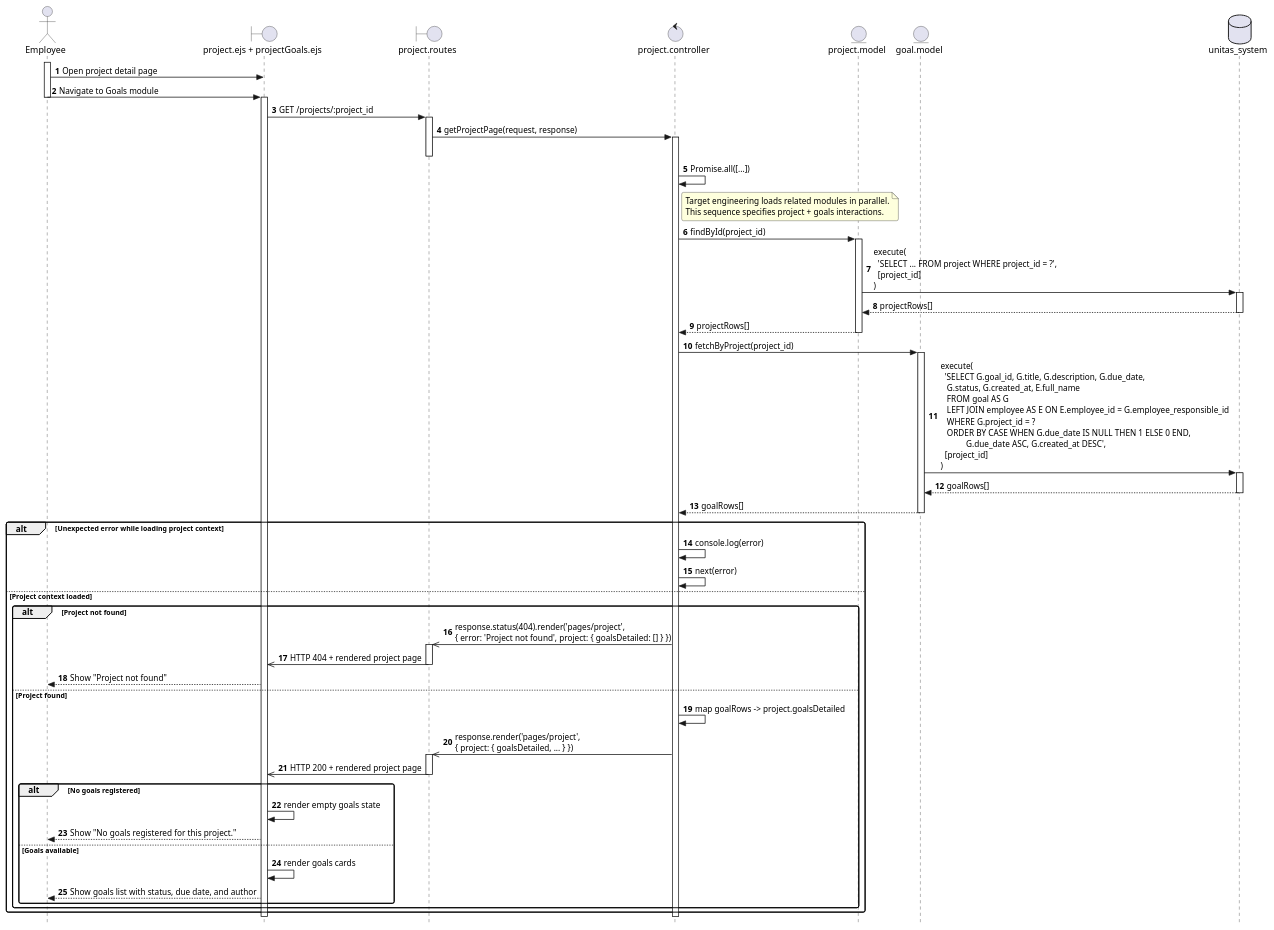
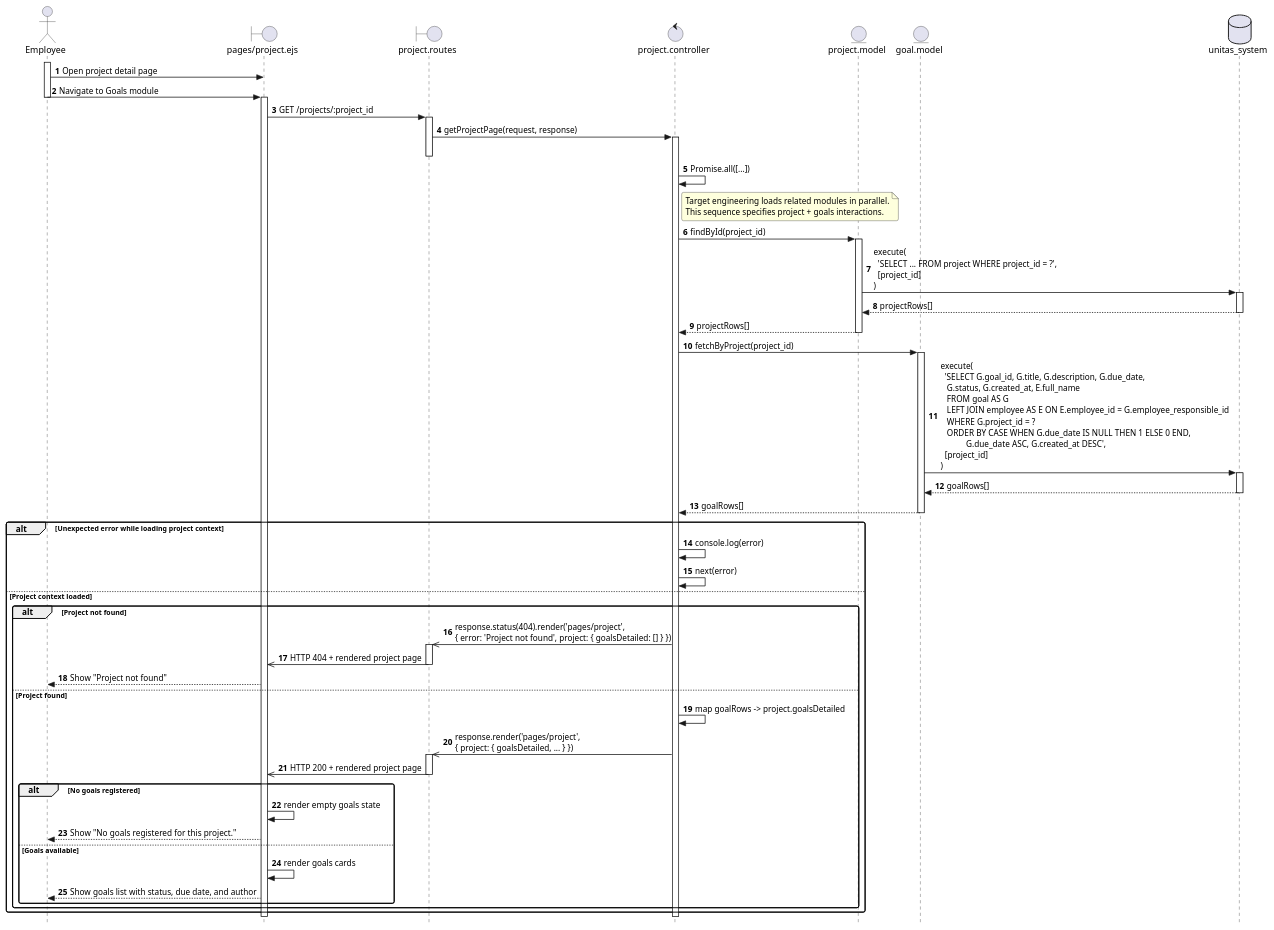
Before and after one commit to Berthou05/LimboSoftwareDevelopment_Change.org: the diagram in documentation/sequence_diagrams/PROJ-08-SD.puml, drawn with PlantUML. The commit also changed 5 other files, not shown here.

Commit message:
[FIX] corrected diagrams ADMIN-01 AUTH-03 PROJ-08 PROJ-14 PROJ-15 TEAM-2

```diff
--- a/documentation/sequence_diagrams/PROJ-08-SD.puml
+++ b/documentation/sequence_diagrams/PROJ-08-SD.puml
@@ -1,81 +1,81 @@
 @startuml
 skinparam style strictuml
 skinparam sequenceArrowThickness 1.2
 skinparam roundcorner 6
 autonumber
 
 actor    "Employee"                                      as User
-boundary "project.ejs + projectGoals.ejs"                as GoalsView
+boundary "pages/project.ejs"                             as GoalsView
 boundary "project.routes"                                as Routes
 control  "project.controller"                            as Controller
 entity   "project.model"                                 as ProjectModel
 entity   "goal.model"                                    as GoalModel
 database "unitas_system"                                 as DB
 
 activate User
 User -> GoalsView : Open project detail page
 User -> GoalsView : Navigate to Goals module
 deactivate User
 activate GoalsView
 
 GoalsView -> Routes : GET /projects/:project_id
 activate Routes
 Routes -> Controller : getProjectPage(request, response)
 activate Controller
 deactivate Routes
 
 Controller -> Controller : Promise.all([...])
 note right of Controller
   Target engineering loads related modules in parallel.
   This sequence specifies project + goals interactions.
 end note
 
 Controller -> ProjectModel : findById(project_id)
 activate ProjectModel
 ProjectModel -> DB : execute(\n  'SELECT ... FROM project WHERE project_id = ?',\n  [project_id]\n)
 activate DB
 DB --> ProjectModel : projectRows[]
 deactivate DB
 ProjectModel --> Controller : projectRows[]
 deactivate ProjectModel
 
 Controller -> GoalModel : fetchByProject(project_id)
 activate GoalModel
 GoalModel -> DB : execute(\n  'SELECT G.goal_id, G.title, G.description, G.due_date,\n   G.status, G.created_at, E.full_name\n   FROM goal AS G\n   LEFT JOIN employee AS E ON E.employee_id = G.employee_responsible_id\n   WHERE G.project_id = ?\n   ORDER BY CASE WHEN G.due_date IS NULL THEN 1 ELSE 0 END,\n            G.due_date ASC, G.created_at DESC',\n  [project_id]\n)
 activate DB
 DB --> GoalModel : goalRows[]
 deactivate DB
 GoalModel --> Controller : goalRows[]
 deactivate GoalModel
 
 alt Unexpected error while loading project context
     Controller -> Controller : console.log(error)
     Controller -> Controller : next(error)
 else Project context loaded
     alt Project not found
         Controller ->> Routes : response.status(404).render('pages/project',\n{ error: 'Project not found', project: { goalsDetailed: [] } })
         activate Routes
         Routes ->> GoalsView : HTTP 404 + rendered project page
         deactivate Routes
         GoalsView --> User : Show "Project not found"
     else Project found
         Controller -> Controller : map goalRows -> project.goalsDetailed
         Controller ->> Routes : response.render('pages/project',\n{ project: { goalsDetailed, ... } })
         activate Routes
         Routes ->> GoalsView : HTTP 200 + rendered project page
         deactivate Routes
 
         alt No goals registered
             GoalsView -> GoalsView : render empty goals state
             GoalsView --> User : Show "No goals registered for this project."
         else Goals available
             GoalsView -> GoalsView : render goals cards
             GoalsView --> User : Show goals list with status, due date, and author
         end
     end
 end
 
 deactivate Controller
 deactivate GoalsView
 
 @enduml
```
